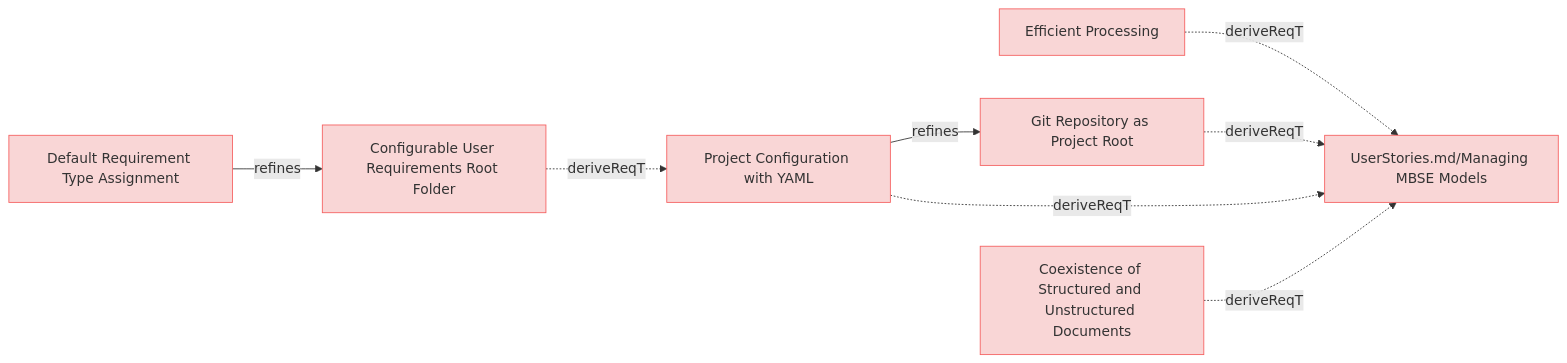
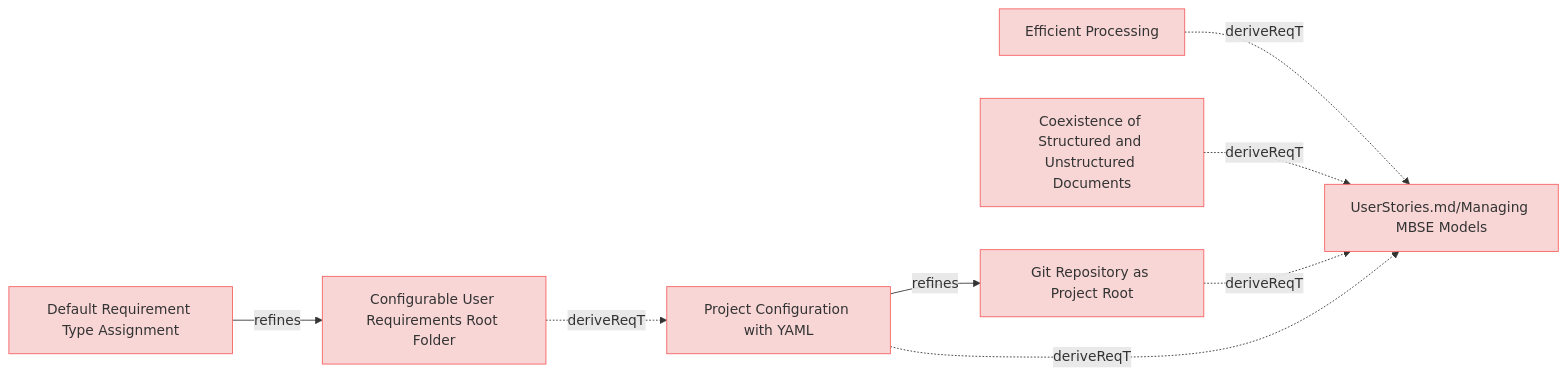
Before and after one commit to reqvire-org/reqvire: the diagram in specifications/ManagingMbseModelsRequirements.md, drawn with Mermaid. The commit also changed other lines of this file and 18 other files, not shown here.

````diff
--- a/specifications/ManagingMbseModelsRequirements.md
+++ b/specifications/ManagingMbseModelsRequirements.md
@@ -4,37 +4,37 @@
 ```mermaid
 graph LR;
   %% Graph styling
   classDef requirement fill:#f9d6d6,stroke:#f55f5f,stroke-width:1px;
   classDef verification fill:#d6f9d6,stroke:#5fd75f,stroke-width:1px;
   classDef externalLink fill:#d0e0ff,stroke:#3080ff,stroke-width:1px;
   classDef default fill:#f5f5f5,stroke:#333333,stroke-width:1px;
 
+  c9cc6878a73bb951["Default Requirement Type Assignment"];
+  class c9cc6878a73bb951 requirement;
+  click c9cc6878a73bb951 "ManagingMbseModelsRequirements.md#default-requirement-type-assignment";
+  d9354ef2eca0f2d0["Configurable User Requirements Root Folder"];
+  class d9354ef2eca0f2d0 requirement;
+  click d9354ef2eca0f2d0 "ManagingMbseModelsRequirements.md#configurable-user-requirements-root-folder";
+  c9cc6878a73bb951 -->|refines| d9354ef2eca0f2d0;
+  16b4b380c917deb1["Project Configuration with YAML"];
+  class 16b4b380c917deb1 requirement;
+  click 16b4b380c917deb1 "ManagingMbseModelsRequirements.md#project-configuration-with-yaml";
+  d9354ef2eca0f2d0 -.->|deriveReqT| 16b4b380c917deb1;
   d193d11c43776bec["Efficient Processing"];
   class d193d11c43776bec requirement;
   click d193d11c43776bec "ManagingMbseModelsRequirements.md#efficient-processing";
   e61b7c1baa89bfc6["UserStories.md/Managing MBSE Models"];
   class e61b7c1baa89bfc6 requirement;
   click e61b7c1baa89bfc6 "UserStories.md#managing-mbse-models";
   d193d11c43776bec -.->|deriveReqT| e61b7c1baa89bfc6;
-  c9cc6878a73bb951["Default Requirement Type Assignment"];
-  class c9cc6878a73bb951 requirement;
-  click c9cc6878a73bb951 "ManagingMbseModelsRequirements.md#default-requirement-type-assignment";
-  d9354ef2eca0f2d0["Configurable User Requirements Root Folder"];
-  class d9354ef2eca0f2d0 requirement;
-  click d9354ef2eca0f2d0 "ManagingMbseModelsRequirements.md#configurable-user-requirements-root-folder";
-  c9cc6878a73bb951 -->|refines| d9354ef2eca0f2d0;
+  f0d721424636370e["Coexistence of Structured and Unstructured Documents"];
+  class f0d721424636370e requirement;
+  click f0d721424636370e "ManagingMbseModelsRequirements.md#coexistence-of-structured-and-unstructured-documents";
+  f0d721424636370e -.->|deriveReqT| e61b7c1baa89bfc6;
   649d72765b13e14f["Git Repository as Project Root"];
   class 649d72765b13e14f requirement;
   click 649d72765b13e14f "ManagingMbseModelsRequirements.md#git-repository-as-project-root";
   649d72765b13e14f -.->|deriveReqT| e61b7c1baa89bfc6;
-  16b4b380c917deb1["Project Configuration with YAML"];
-  class 16b4b380c917deb1 requirement;
-  click 16b4b380c917deb1 "ManagingMbseModelsRequirements.md#project-configuration-with-yaml";
   16b4b380c917deb1 -.->|deriveReqT| e61b7c1baa89bfc6;
   16b4b380c917deb1 -->|refines| 649d72765b13e14f;
-  f0d721424636370e["Coexistence of Structured and Unstructured Documents"];
-  class f0d721424636370e requirement;
-  click f0d721424636370e "ManagingMbseModelsRequirements.md#coexistence-of-structured-and-unstructured-documents";
-  f0d721424636370e -.->|deriveReqT| e61b7c1baa89bfc6;
-  d9354ef2eca0f2d0 -.->|deriveReqT| 16b4b380c917deb1;
 ```
````
